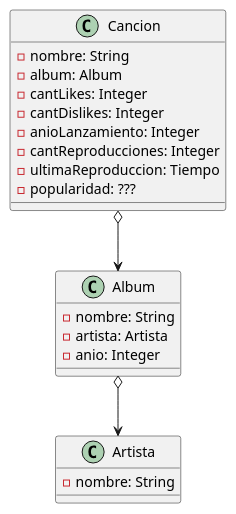
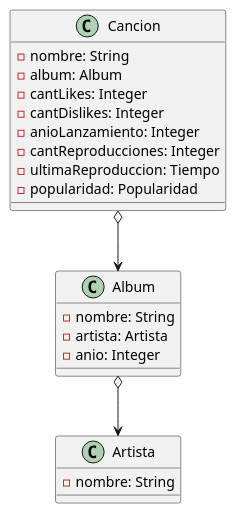
The diagram in src/main/Diagrama de clases.puml (frba-hkil/dds_clase_2), drawn with PlantUML before and after one commit. The commit also changed 7 other files, not shown here.

```diff
--- a/src/main/Diagrama de clases.puml
+++ b/src/main/Diagrama de clases.puml
@@ -1,29 +1,29 @@
 @startuml
 'https://plantuml.com/class-diagram
 
 class Cancion {
     - nombre: String
     - album: Album
     - cantLikes: Integer
     - cantDislikes: Integer
     - anioLanzamiento: Integer
     - cantReproducciones: Integer
     - ultimaReproduccion: Tiempo
-    - popularidad: ???
+    - popularidad: Popularidad
 }
 
 class Artista {
     - nombre: String
 
 }
 
 class Album {
     - nombre: String
     - artista: Artista
     - anio: Integer
 }
 
 Cancion o--> Album
 Album o--> Artista
 
 @enduml
```
